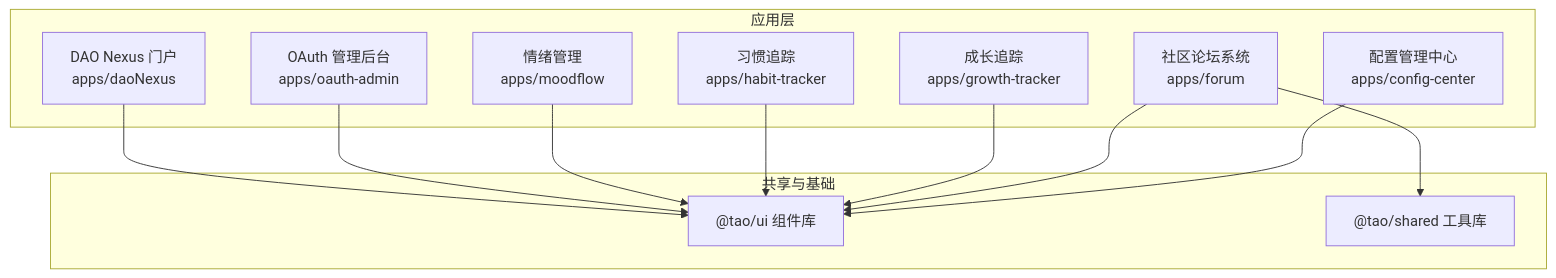
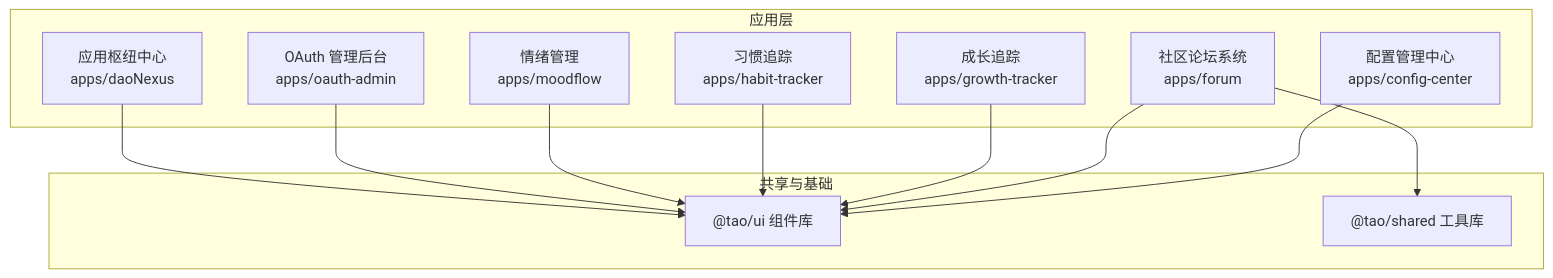
One commit to daoApps/daoApps changed the first of 8 diagrams in .qoder/repowiki/zh/content/业务应用集合/业务应用集合.md. Above: the diagram before and after it, drawn with Mermaid. The commit also changed other lines of this file and 7 other files, not shown here.

````diff
--- a/.qoder/repowiki/zh/content/业务应用集合/业务应用集合.md
+++ b/.qoder/repowiki/zh/content/业务应用集合/业务应用集合.md
@@ -51,24 +65,24 @@
 ```mermaid
 graph TB
 subgraph "应用层"
 CC["配置管理中心<br/>apps/config-center"]
 FORUM["社区论坛系统<br/>apps/forum"]
 GT["成长追踪<br/>apps/growth-tracker"]
 HT["习惯追踪<br/>apps/habit-tracker"]
 MF["情绪管理<br/>apps/moodflow"]
 OA["OAuth 管理后台<br/>apps/oauth-admin"]
-NX["DAO Nexus 门户<br/>apps/daoNexus"]
+NX["应用枢纽中心<br/>apps/daoNexus"]
 end
 subgraph "共享与基础"
 UI["@tao/ui 组件库"]
 SH["@tao/shared 工具库"]
 end
 CC --> UI
 FORUM --> UI
 FORUM --> SH
 GT --> UI
 HT --> UI
 MF --> UI
 OA --> UI
 NX --> UI
 ```
````
